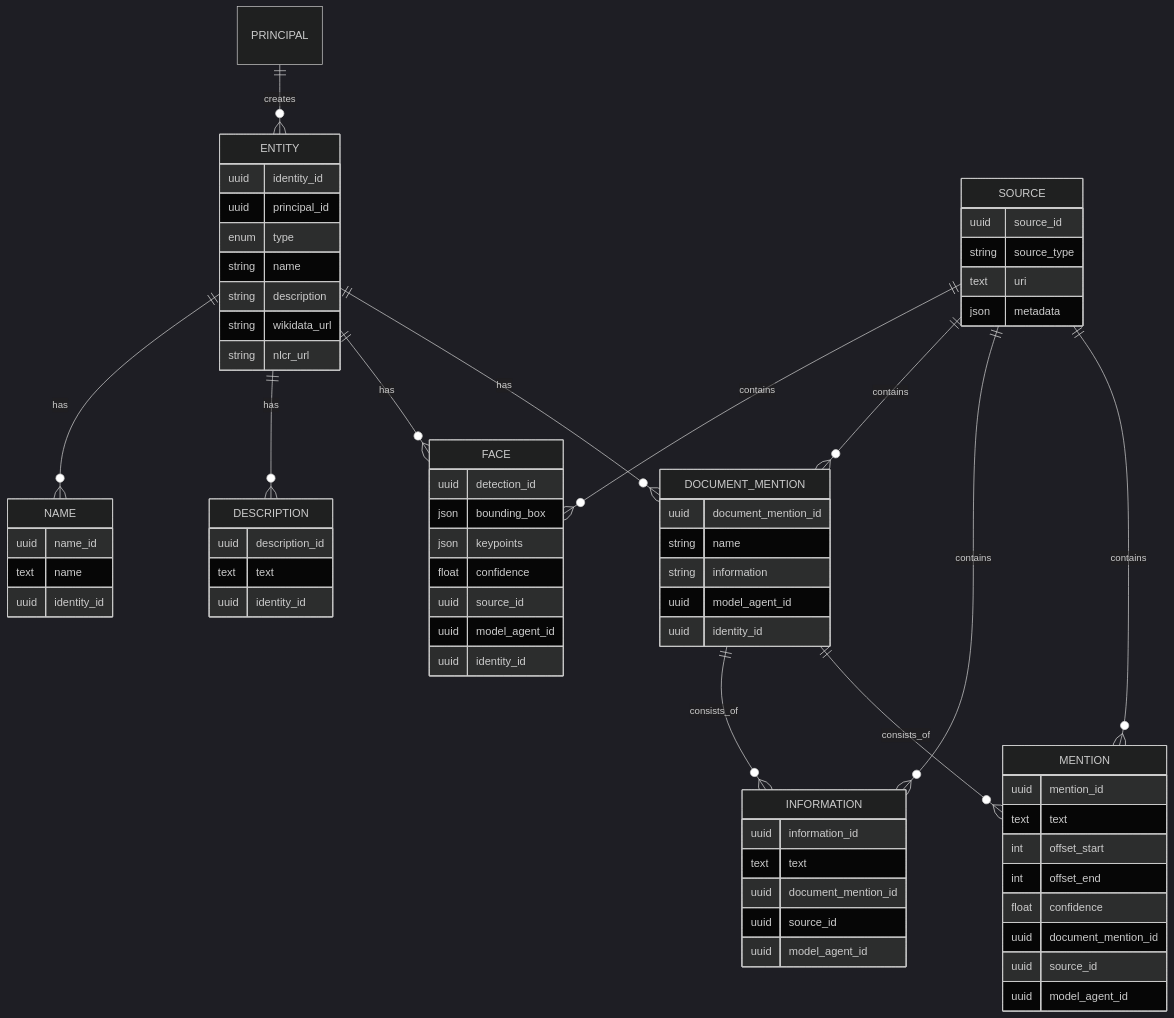
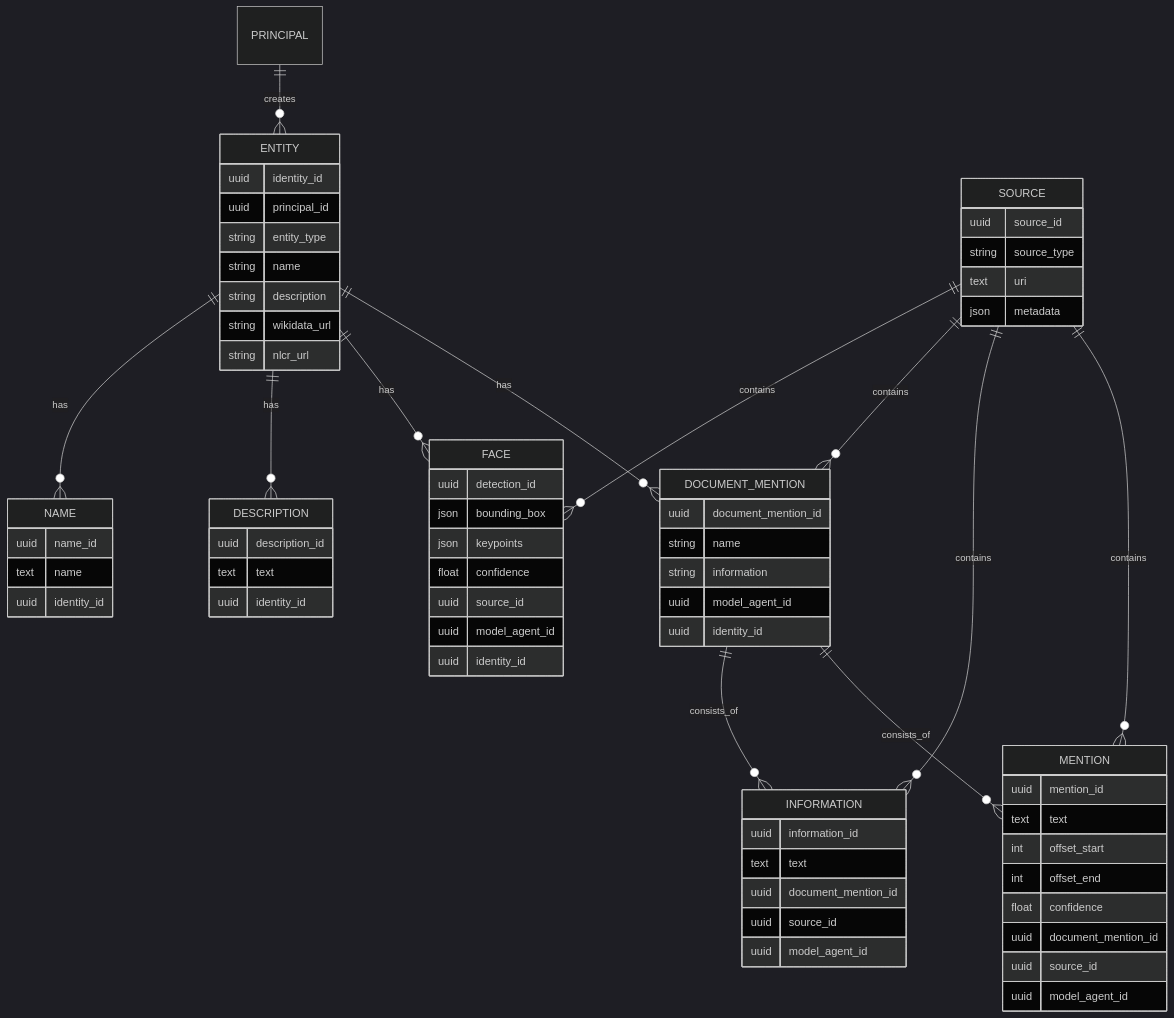
Before and after one commit to DCGM/PeopleGatorApp: the diagram in people-gator-api/docs/01-product-spec-1.md, drawn with Mermaid (dark theme). The commit also changed other lines of this file and 16 other files, not shown here.

```diff
--- a/people-gator-api/docs/01-product-spec-1.md
+++ b/people-gator-api/docs/01-product-spec-1.md
@@ -175,7 +204,7 @@
   ENTITY {
     uuid identity_id
     uuid principal_id
-    enum type
+    string entity_type
     string name
     string description
     string wikidata_url
```
